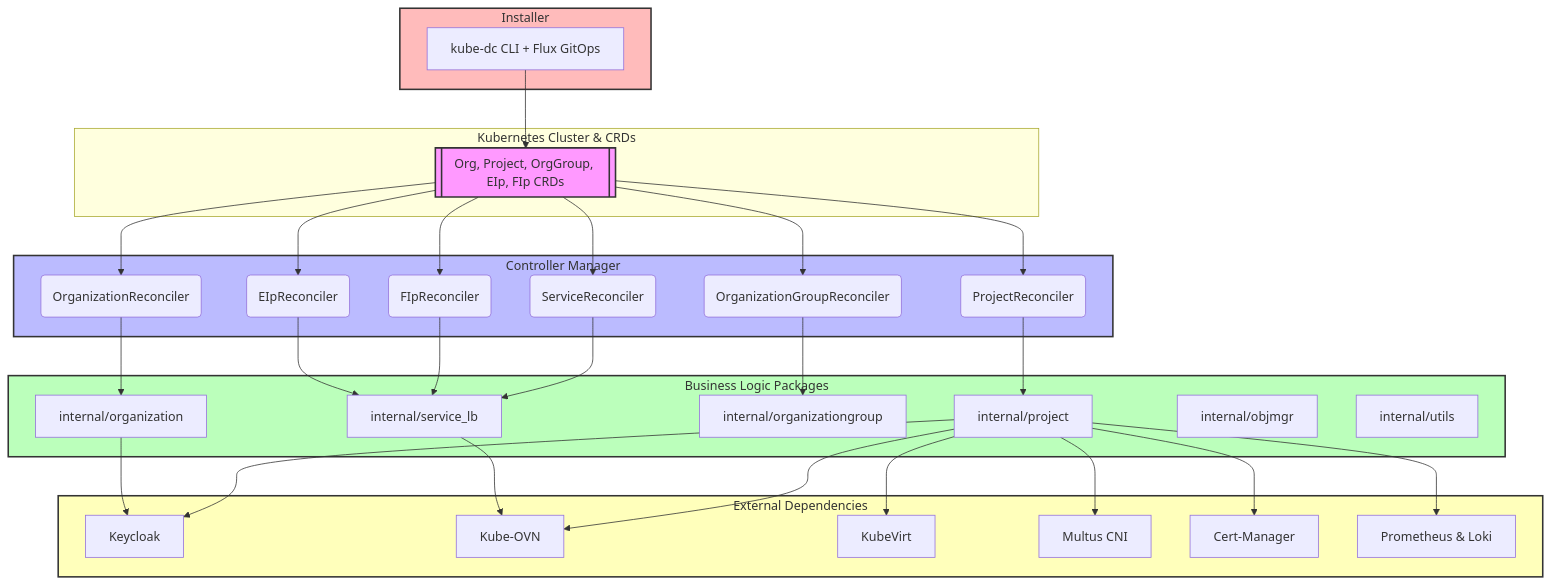
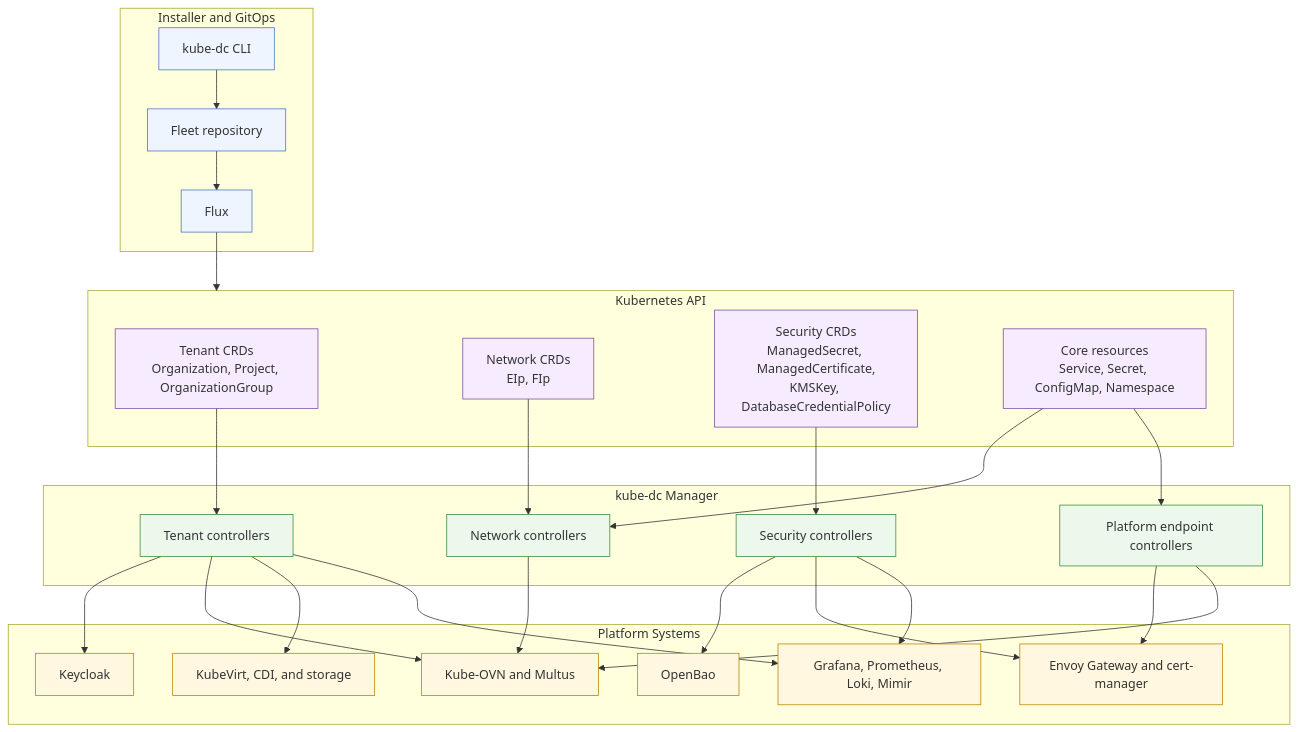
One commit to kube-dc/kube-dc-public changed the first of 5 diagrams in docs/platform/controller-diagram.md. Above: the diagram before and after it, drawn with Mermaid. The commit also changed other lines of this file and 59 other files, not shown here.

Commit message:
cli v0.5.2: spegel + image-acceleration installer defaults (codex-hardened); platform docs sync

````diff
--- a/docs/platform/controller-diagram.md
+++ b/docs/platform/controller-diagram.md
@@ -5,59 +10,61 @@
 ```mermaid
 flowchart TB
-  subgraph Installer
-    CD[kube-dc CLI + Flux GitOps]
+  subgraph GitOps["Installer and GitOps"]
+    CLI["kube-dc CLI"]
+    Fleet["Fleet repository"]
+    Flux["Flux"]
   end
 
-  subgraph K8sCluster["Kubernetes Cluster & CRDs"]
-    CRDs[["Org, Project, OrgGroup, EIp, FIp CRDs"]]
+  subgraph API["Kubernetes API"]
+    TenantCRDs["Tenant CRDs<br/>Organization, Project, OrganizationGroup"]
+    NetworkCRDs["Network CRDs<br/>EIp, FIp"]
+    SecurityCRDs["Security CRDs<br/>ManagedSecret, ManagedCertificate,<br/>KMSKey, DatabaseCredentialPolicy"]
+    CoreResources["Core resources<br/>Service, Secret, ConfigMap, Namespace"]
   end
 
-  subgraph Manager["Controller Manager"]
-    OR(OrganizationReconciler)
-    PR(ProjectReconciler)
-    OGR(OrganizationGroupReconciler)
-    EIP(EIpReconciler)
-    FIP(FIpReconciler)
-    SR(ServiceReconciler)
+  subgraph Manager["kube-dc Manager"]
+    TenantControllers["Tenant controllers"]
+    NetworkControllers["Network controllers"]
+    SecurityControllers["Security controllers"]
+    EndpointControllers["Platform endpoint controllers"]
   end
 
-  subgraph Logic["Business Logic Packages"]
-    OGi["internal/organization"]
-    PI["internal/project"]
-    OGG["internal/organizationgroup"]
-    SLP["internal/service_lb"]
-    OBJ["internal/objmgr"]
-    UTL["internal/utils"]
+  subgraph Platform["Platform Systems"]
+    Keycloak["Keycloak"]
+    OpenBao["OpenBao"]
+    KubeOVN["Kube-OVN and Multus"]
+    KubeVirt["KubeVirt, CDI, and storage"]
+    Gateway["Envoy Gateway and cert-manager"]
+    Observability["Grafana, Prometheus, Loki, Mimir"]
   end
 
-  subgraph Ext["External Dependencies"]
-    KC[Keycloak]
-    KO[Kube-OVN]
-    KV[KubeVirt]
-    ML[Multus CNI]
-    CM[Cert-Manager]
-    PM[Prometheus & Loki]
-  end
+  CLI --> Fleet --> Flux --> API
+  TenantCRDs --> TenantControllers
+  NetworkCRDs --> NetworkControllers
+  SecurityCRDs --> SecurityControllers
+  CoreResources --> NetworkControllers
+  CoreResources --> EndpointControllers
 
-  CD --> CRDs
-  CRDs --> OR & PR & OGR & EIP & FIP & SR
+  TenantControllers --> Keycloak
+  TenantControllers --> KubeOVN
+  TenantControllers --> KubeVirt
+  TenantControllers --> Observability
 
-  OR --> OGi
-  PR --> PI
-  OGR --> OGG
-  EIP --> SLP
-  FIP --> SLP
-  SR --> SLP
+  NetworkControllers --> KubeOVN
+  EndpointControllers --> Gateway
+  EndpointControllers --> KubeOVN
 
-  SLP --> KO
-  OGi --> KC
-  PI --> KO & KV & ML
-  PI --> PM & CM
-  PI --> KC
+  SecurityControllers --> OpenBao
+  SecurityControllers --> Gateway
+  SecurityControllers --> Observability
 
-  style CRDs fill:#f9f,stroke:#333,stroke-width:2px
-  style Manager fill:#bbf,stroke:#333,stroke-width:2px
-  style Logic fill:#bfb,stroke:#333,stroke-width:2px
-  style Ext fill:#ffb,stroke:#333,stroke-width:2px
-  style Installer fill:#fbb,stroke:#333,stroke-width:2px
+  classDef input fill:#eef5ff,stroke:#4b77be,stroke-width:1px;
+  classDef manager fill:#edf8ed,stroke:#3b8c3b,stroke-width:1px;
+  classDef platform fill:#fff7df,stroke:#b98500,stroke-width:1px;
+  classDef api fill:#f7ecff,stroke:#7d4fa3,stroke-width:1px;
+
+  class CLI,Fleet,Flux input;
+  class TenantCRDs,NetworkCRDs,SecurityCRDs,CoreResources api;
+  class TenantControllers,NetworkControllers,SecurityControllers,EndpointControllers manager;
+  class Keycloak,OpenBao,KubeOVN,KubeVirt,Gateway,Observability platform;
 ```
````
